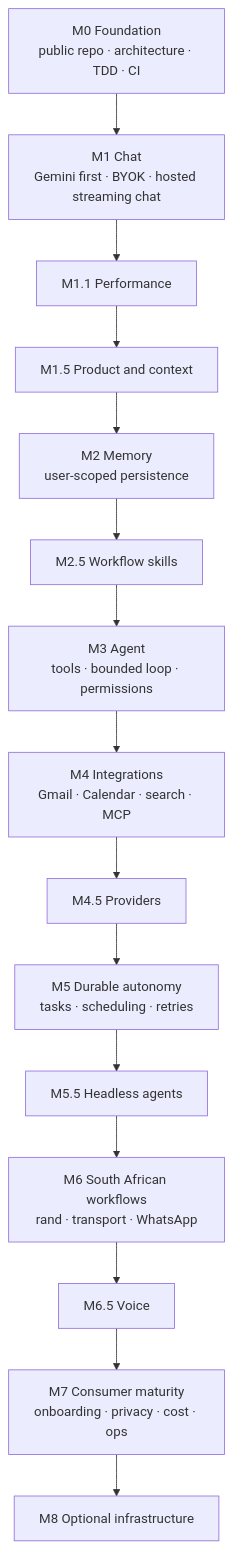
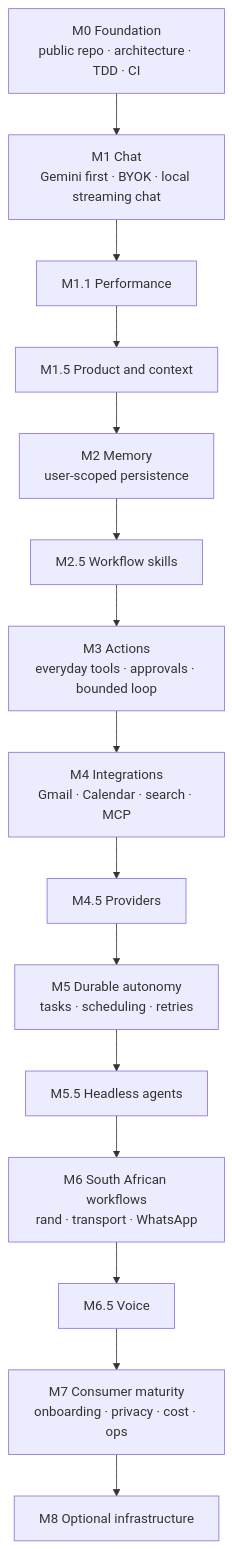
Before and after one commit to leeroy-chakanyuka/chomiii: the diagram in docs/roadmap.md, drawn with Mermaid. The commit also changed other lines of this file, not shown here.

Commit message:
docs: fix M1.5 identity link and clarify chat/action milestone labels

````diff
--- a/docs/roadmap.md
+++ b/docs/roadmap.md
@@ -11,12 +11,12 @@
 ```mermaid
 flowchart TD
     M0["M0 Foundation<br/>public repo · architecture · TDD · CI"]
-    M1["M1 Chat<br/>Gemini first · BYOK · hosted streaming chat"]
+    M1["M1 Chat<br/>Gemini first · BYOK · local streaming chat"]
     M2["M2 Memory<br/>user-scoped persistence"]
-    M3["M3 Agent<br/>tools · bounded loop · permissions"]
+    M3["M3 Actions<br/>everyday tools · approvals · bounded loop"]
     M4["M4 Integrations<br/>Gmail · Calendar · search · MCP"]
     M5["M5 Durable autonomy<br/>tasks · scheduling · retries"]
     M6["M6 South African workflows<br/>rand · transport · WhatsApp"]
     M7["M7 Consumer maturity<br/>onboarding · privacy · cost · ops"]
     M0 --> M1 --> M11["M1.1 Performance"] --> M15["M1.5 Product and context"] --> M2 --> M25["M2.5 Workflow skills"] --> M3 --> M4 --> M45["M4.5 Providers"] --> M5 --> M55["M5.5 Headless agents"] --> M6 --> M65["M6.5 Voice"] --> M7 --> M8["M8 Optional infrastructure"]
 ```
````
